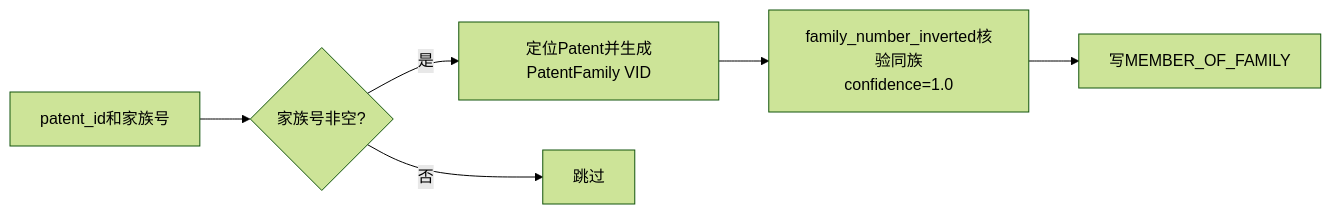
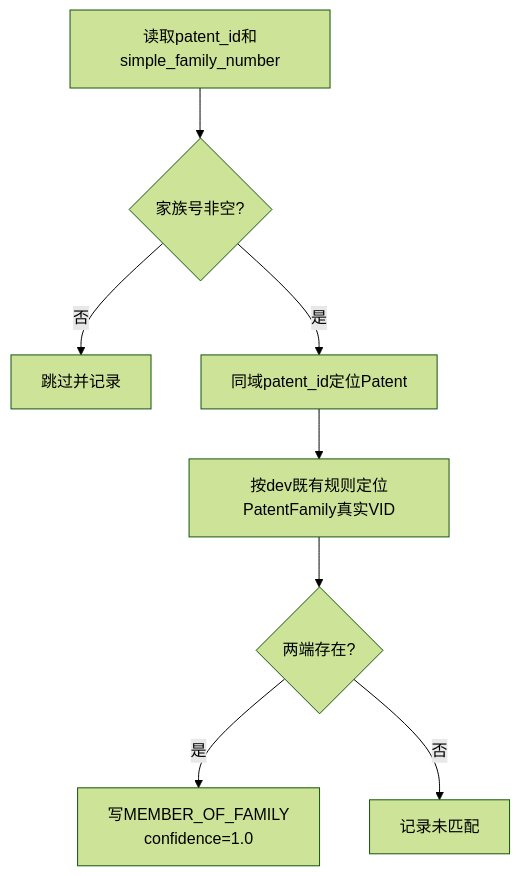
Before and after one commit to Marisolebxf/tech-kg-api: the fourth of 10 diagrams in backend/schemas/specifications/patent_relation_extraction.md, drawn with Mermaid (forest theme). The commit also changed other lines of this file and 21 other files, not shown here.

````diff
--- a/backend/schemas/specifications/patent_relation_extraction.md
+++ b/backend/schemas/specifications/patent_relation_extraction.md
@@ -106,8 +146,10 @@
 ```mermaid
-flowchart LR
-    A[patent_id和家族号] --> B{家族号非空?}
-    B -->|是| C[定位Patent并生成PatentFamily VID]
-    C --> D[family_number_inverted核验同族<br/>confidence=1.0]
-    D --> G[写MEMBER_OF_FAMILY]
-    B -->|否| E[跳过]
+flowchart TD
+    A[读取patent_id和simple_family_number] --> B{家族号非空?}
+    B -->|否| C[跳过并记录]
+    B -->|是| D[同域patent_id定位Patent]
+    D --> E[按dev既有规则定位PatentFamily真实VID]
+    E --> F{两端存在?}
+    F -->|是| G[写MEMBER_OF_FAMILY<br/>confidence=1.0]
+    F -->|否| H[记录未匹配]
 ```
````
